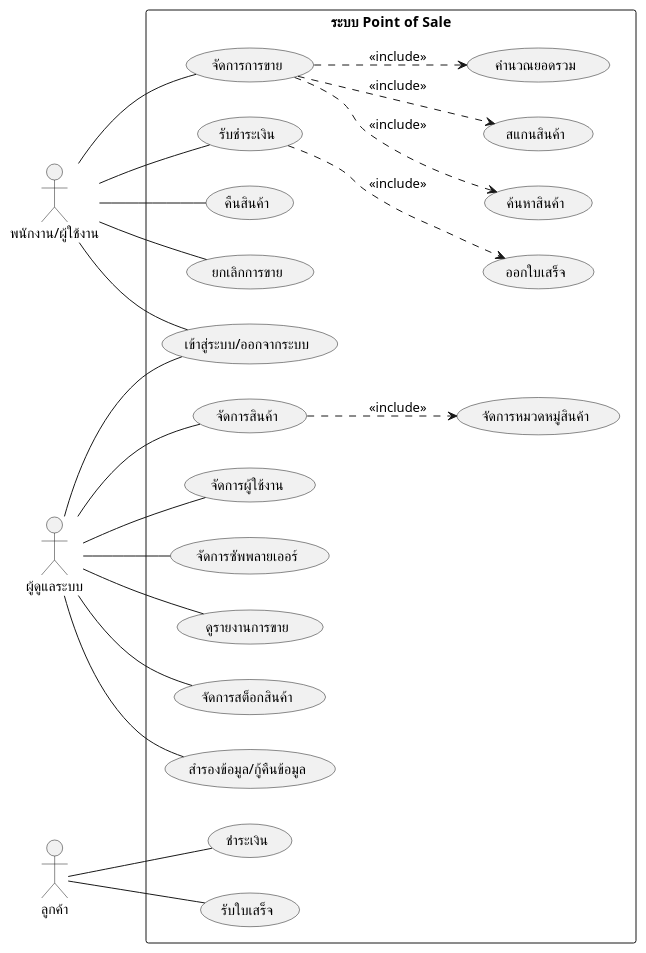
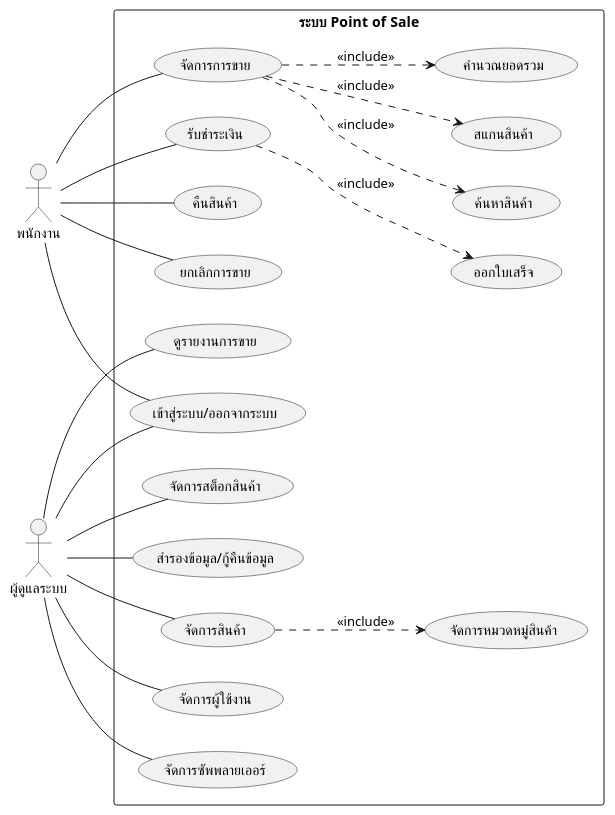
One commit to firstone6408/KKU-SoftwareDesign-Project-POS changed the diagram in pos_usecase.puml. Above: the diagram before and after it, drawn with PlantUML. The commit also changed 2 other files, not shown here.

```diff
--- a/pos_usecase.puml
+++ b/pos_usecase.puml
@@ -1,52 +1,53 @@
-@startuml pos_usecase
+@startuml pos_usecase_noCustomer
+skinparam defaultFontName "Tahoma"
 left to right direction
-actor "พนักงาน/ผู้ใช้งาน" as cashier
+actor "พนักงาน" as cashier
 actor "ผู้ดูแลระบบ" as admin
-actor "ลูกค้า" as customer
+' actor "ลูกค้า" as customer
 
 rectangle "ระบบ Point of Sale" {
   usecase "เข้าสู่ระบบ/ออกจากระบบ" as login
   usecase "จัดการการขาย" as manageSales
   usecase "รับชำระเงิน" as processPayment
   usecase "คืนสินค้า" as returnItem
   usecase "ยกเลิกการขาย" as cancelSale
   usecase "ค้นหาสินค้า" as searchProduct
   usecase "สแกนสินค้า" as scanProduct
   usecase "คำนวณยอดรวม" as calculateTotal
   usecase "ออกใบเสร็จ" as generateReceipt
   usecase "จัดการสินค้า" as manageProducts
   usecase "จัดการหมวดหมู่สินค้า" as manageCategories
   usecase "จัดการผู้ใช้งาน" as manageUsers
   usecase "จัดการซัพพลายเออร์" as manageSuppliers
   usecase "ดูรายงานการขาย" as viewReports
   usecase "จัดการสต็อกสินค้า" as manageStock
   usecase "สำรองข้อมูล/กู้คืนข้อมูล" as backupRestore
-  usecase "ชำระเงิน" as makePayment
-  usecase "รับใบเสร็จ" as receiveReceipt
+  ' usecase "ชำระเงิน" as makePayment
+  ' usecase "รับใบเสร็จ" as receiveReceipt
 }
 
 cashier -- login
 cashier -- manageSales
 cashier -- processPayment
 cashier -- returnItem
 cashier -- cancelSale
 
 manageSales ..> searchProduct : <<include>>
 manageSales ..> scanProduct : <<include>>
 manageSales ..> calculateTotal : <<include>>
 processPayment ..> generateReceipt : <<include>>
 
 admin -- login
 admin -- manageProducts
 admin -- manageUsers
 admin -- manageSuppliers
 admin -- viewReports
 admin -- manageStock
 admin -- backupRestore
 
 manageProducts ..> manageCategories : <<include>>
 
-customer -- makePayment
-customer -- receiveReceipt
+' customer -- makePayment
+' customer -- receiveReceipt
 
 @enduml
```
